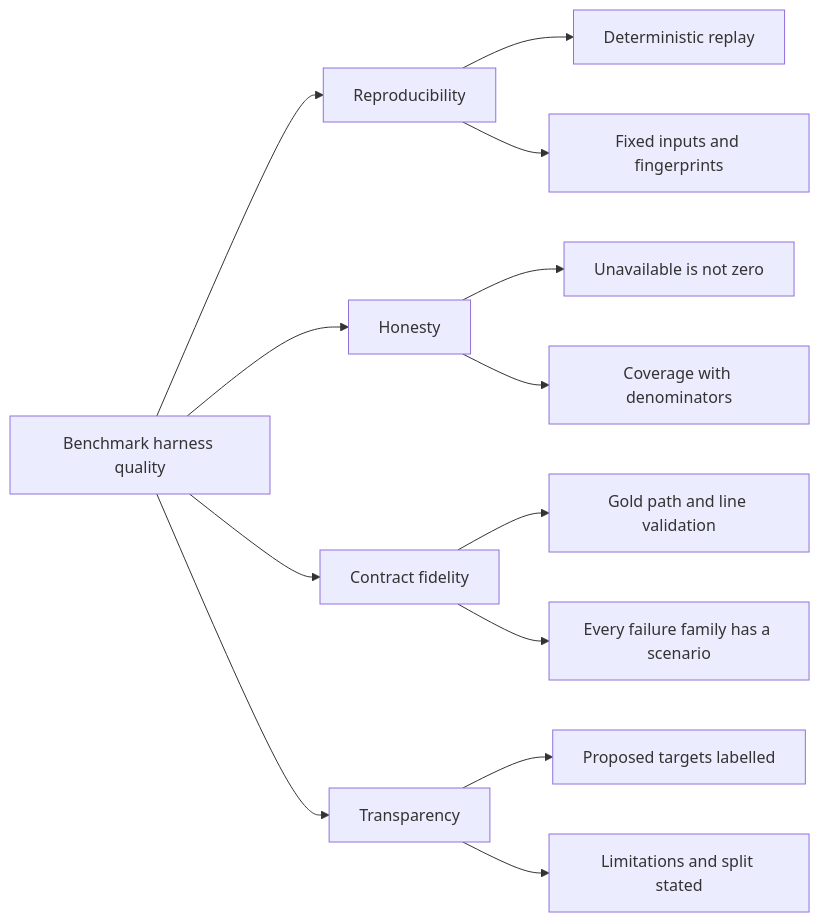
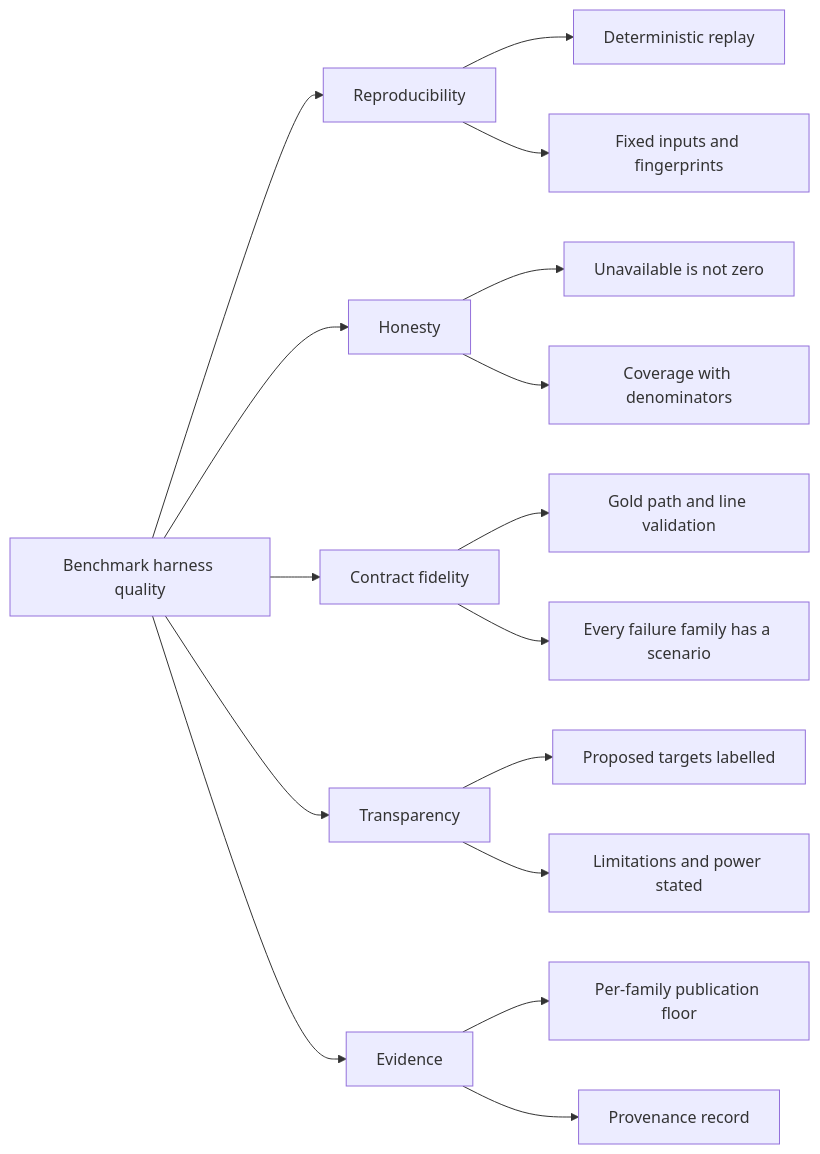
The diagram in docs/arc42/10-quality-requirements.md (kressnerd/ortsinn), drawn with Mermaid before and after one commit. The commit also changed other lines of this file and 21 other files, not shown here.

````diff
--- a/docs/arc42/10-quality-requirements.md
+++ b/docs/arc42/10-quality-requirements.md
@@ -5,15 +5,18 @@
 ```mermaid
 flowchart LR
     Q[Benchmark harness quality] --> R[Reproducibility]
     Q --> H[Honesty]
     Q --> C[Contract fidelity]
     Q --> T[Transparency]
+    Q --> E[Evidence]
     R --> R1[Deterministic replay]
     R --> R2[Fixed inputs and fingerprints]
     H --> H1[Unavailable is not zero]
     H --> H2[Coverage with denominators]
     C --> C1[Gold path and line validation]
     C --> C2[Every failure family has a scenario]
     T --> T1[Proposed targets labelled]
-    T --> T2[Limitations and split stated]
+    T --> T2[Limitations and power stated]
+    E --> E1[Per-family publication floor]
+    E --> E2[Provenance record]
 ```
````
